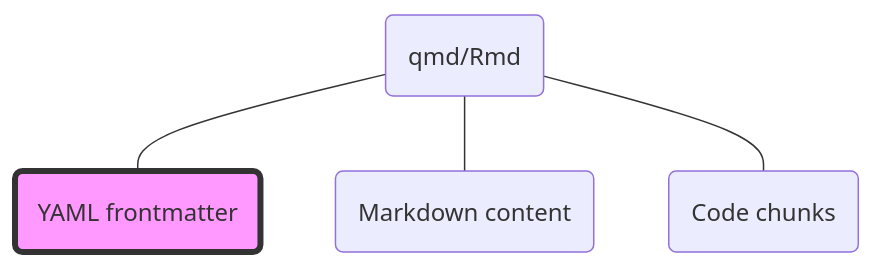
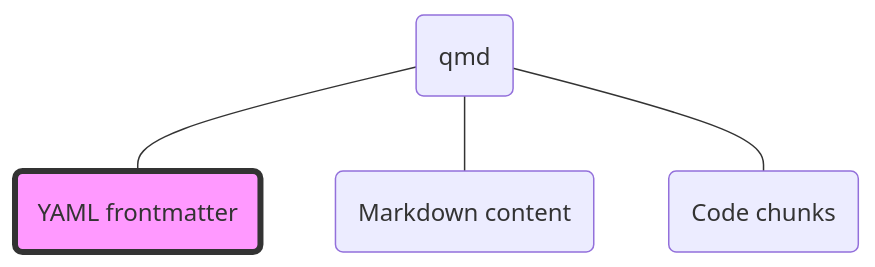
The fourth of 4 diagrams in slides/lec-06_quarto.qmd (Biostats-uOttawa/bio8940), drawn with Mermaid before and after one commit. The commit also changed other lines of this file and 1 other file, not shown here.

````diff
--- a/slides/lec-06_quarto.qmd
+++ b/slides/lec-06_quarto.qmd
@@ -379,9 +380,9 @@
 ```{mermaid}
 flowchart TB
-  a(qmd/Rmd)
+  a(qmd)
   yaml(YAML frontmatter)
   md(Markdown content)
   knitr(Code chunks)
   a --- yaml & md & knitr
   style yaml fill:#f9f,stroke:#333,stroke-width:4px
 ```
````
